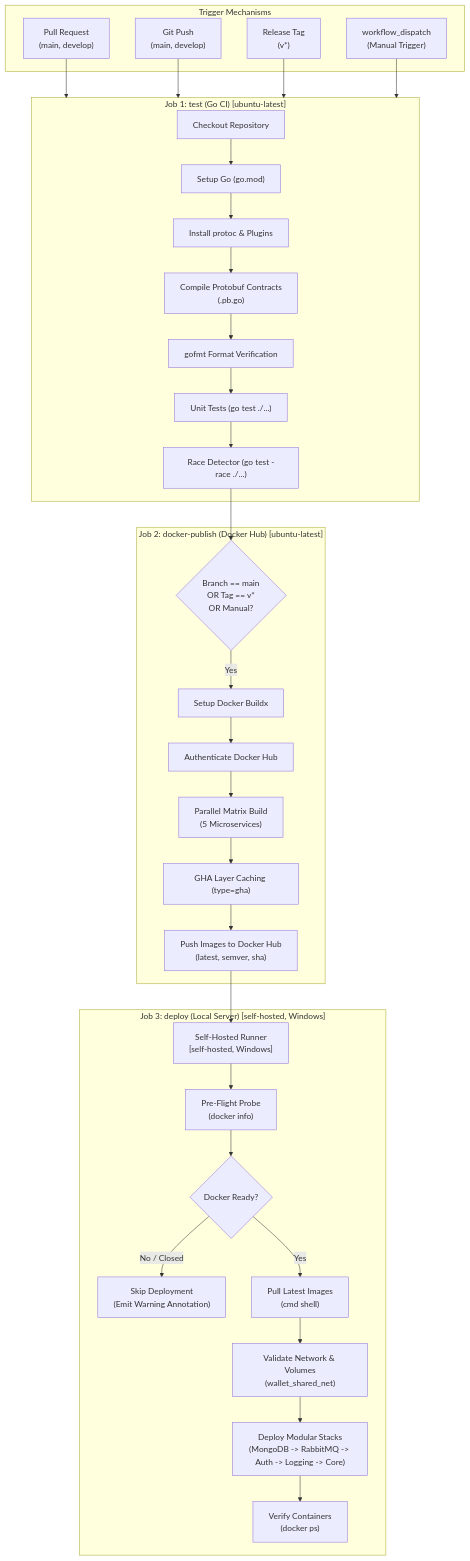
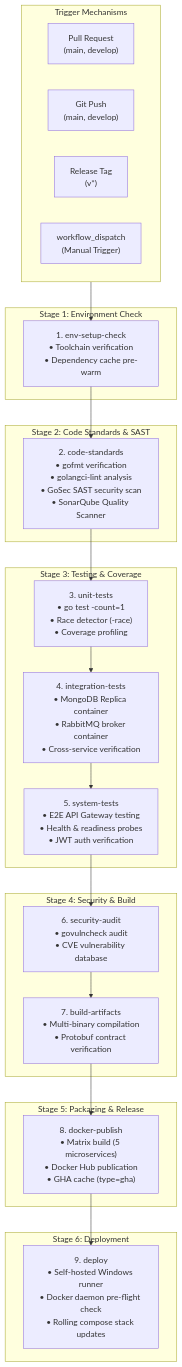
Before and after one commit to bkojha74/global-wallet-microservices: the diagram in docs/CICD_PIPELINE_GUIDE.md, drawn with Mermaid. The commit also changed other lines of this file and 71 other files, not shown here.

Commit message:
feat: implement global wallet microservices architecture with core services, shared packages, and CI/CD pipelines

````diff
--- a/docs/CICD_PIPELINE_GUIDE.md
+++ b/docs/CICD_PIPELINE_GUIDE.md
@@ -27,53 +27,46 @@
 ```mermaid
 flowchart TD
     subgraph Triggers["Trigger Mechanisms"]
         PR["Pull Request<br/>(main, develop)"]
         Push["Git Push<br/>(main, develop)"]
         Tag["Release Tag<br/>(v*)"]
         Manual["workflow_dispatch<br/>(Manual Trigger)"]
     end
 
-    subgraph CI["Job 1: test (Go CI) [ubuntu-latest]"]
-        Checkout1["Checkout Repository"]
-        GoSetup["Setup Go (go.mod)"]
-        Protoc["Install protoc & Plugins"]
-        GenProto["Compile Protobuf Contracts<br/>(.pb.go)"]
-        Fmt["gofmt Format Verification"]
-        UnitTest["Unit Tests (go test ./...)"]
-        RaceTest["Race Detector (go test -race ./...)"]
-
-        Checkout1 --> GoSetup --> Protoc --> GenProto --> Fmt --> UnitTest --> RaceTest
+    subgraph Phase1["Stage 1: Environment Check"]
+        Env["1. env-setup-check<br/>• Toolchain verification<br/>• Dependency cache pre-warm"]
     end
 
-    subgraph CD_Build["Job 2: docker-publish (Docker Hub) [ubuntu-latest]"]
-        Gate1{"Branch == main<br/>OR Tag == v*<br/>OR Manual?"}
-        Buildx["Setup Docker Buildx"]
-        DHLogin["Authenticate Docker Hub"]
-        Matrix["Parallel Matrix Build<br/>(5 Microservices)"]
-        Cache["GHA Layer Caching (type=gha)"]
-        PushDH["Push Images to Docker Hub<br/>(latest, semver, sha)"]
-
-        Gate1 -->|Yes| Buildx --> DHLogin --> Matrix --> Cache --> PushDH
+    subgraph Phase2["Stage 2: Code Standards & SAST"]
+        Standards["2. code-standards<br/>• gofmt verification<br/>• golangci-lint analysis<br/>• GoSec SAST security scan<br/>• SonarQube Quality Scanner"]
     end
 
-    subgraph CD_Deploy["Job 3: deploy (Local Server) [self-hosted, Windows]"]
-        Runner["Self-Hosted Runner<br/>[self-hosted, Windows]"]
-        CheckDock["Pre-Flight Probe<br/>(docker info)"]
-        Decision{"Docker Ready?"}
-        SkipWarn["Skip Deployment<br/>(Emit Warning Annotation)"]
-        PullImg["Pull Latest Images<br/>(cmd shell)"]
-        NetVol["Validate Network & Volumes<br/>(wallet_shared_net)"]
-        StackUp["Deploy Modular Stacks<br/>(MongoDB -> RabbitMQ -> Auth -> Logging -> Core)"]
-        HealthCheck["Verify Containers<br/>(docker ps)"]
-
-        PushDH --> Runner --> CheckDock --> Decision
-        Decision -->|No / Closed| SkipWarn
-        Decision -->|Yes| PullImg --> NetVol --> StackUp --> HealthCheck
+    subgraph Phase3["Stage 3: Testing & Coverage"]
+        Unit["3. unit-tests<br/>• go test -count=1<br/>• Race detector (-race)<br/>• Coverage profiling"]
+        Integ["4. integration-tests<br/>• MongoDB Replica container<br/>• RabbitMQ broker container<br/>• Cross-service verification"]
+        Sys["5. system-tests<br/>• E2E API Gateway testing<br/>• Health & readiness probes<br/>• JWT auth verification"]
     end
 
-    PR --> CI
-    Push --> CI
-    Tag --> CI
-    Manual --> CI
-    RaceTest --> Gate1
+    subgraph Phase4["Stage 4: Security & Build"]
+        Vuln["6. security-audit<br/>• govulncheck audit<br/>• CVE vulnerability database"]
+        Build["7. build-artifacts<br/>• Multi-binary compilation<br/>• Protobuf contract verification"]
+    end
+
+    subgraph Phase5["Stage 5: Packaging & Release"]
+        Pub["8. docker-publish<br/>• Matrix build (5 microservices)<br/>• Docker Hub publication<br/>• GHA cache (type=gha)"]
+    end
+
+    subgraph Phase6["Stage 6: Deployment"]
+        Deploy["9. deploy<br/>• Self-hosted Windows runner<br/>• Docker daemon pre-flight check<br/>• Rolling compose stack updates"]
+    end
+
+    Triggers --> Env
+    Env --> Standards
+    Standards --> Unit
+    Unit --> Integ
+    Integ --> Sys
+    Sys --> Vuln
+    Vuln --> Build
+    Build --> Pub
+    Pub --> Deploy
 ```
````
